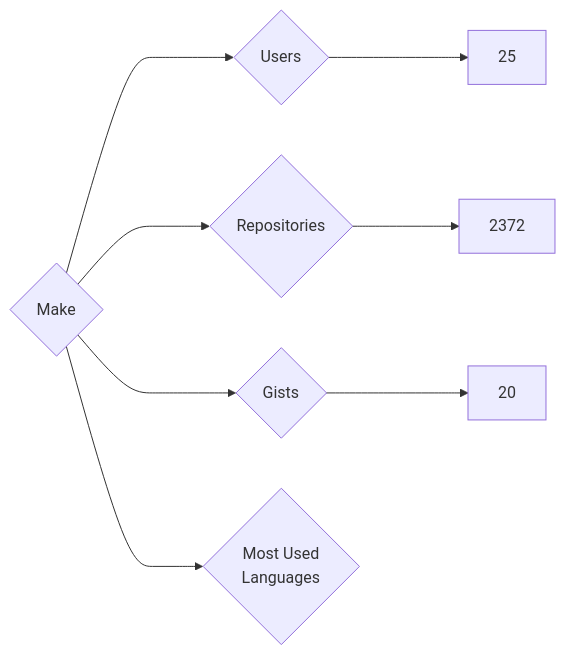
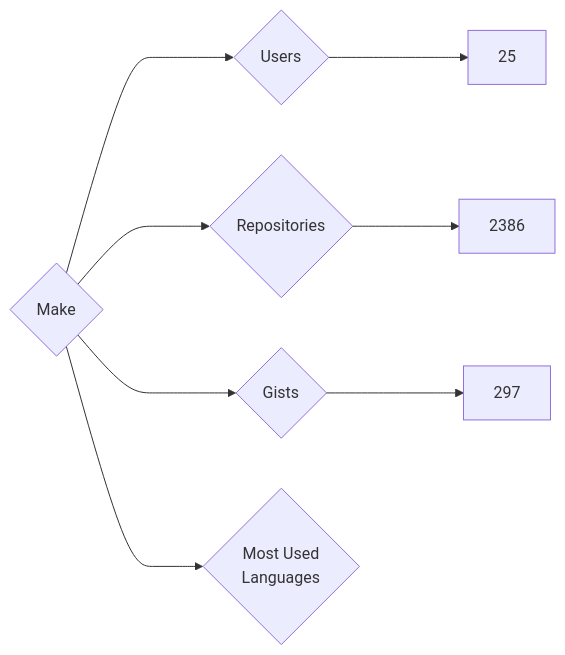
One commit to nenadzaric/insiders changed the diagram in targets/Make/README.md. Above: the diagram before and after it, drawn with Mermaid. The commit also changed 1342 other files, not shown here.

````diff
--- a/targets/Make/README.md
+++ b/targets/Make/README.md
@@ -3,8 +3,8 @@
 ```mermaid
 graph LR
 COMPANY_NAME{Make}
 COMPANY_NAME ---> U{Users} ---> UN[25]
-COMPANY_NAME ---> R{Repositories} ---> RN[2372]
-COMPANY_NAME ---> G{Gists} ---> GN[20]
+COMPANY_NAME ---> R{Repositories} ---> RN[2386]
+COMPANY_NAME ---> G{Gists} ---> GN[297]
 COMPANY_NAME ---> ML{Most Used<br>Languages}
 ```
````
